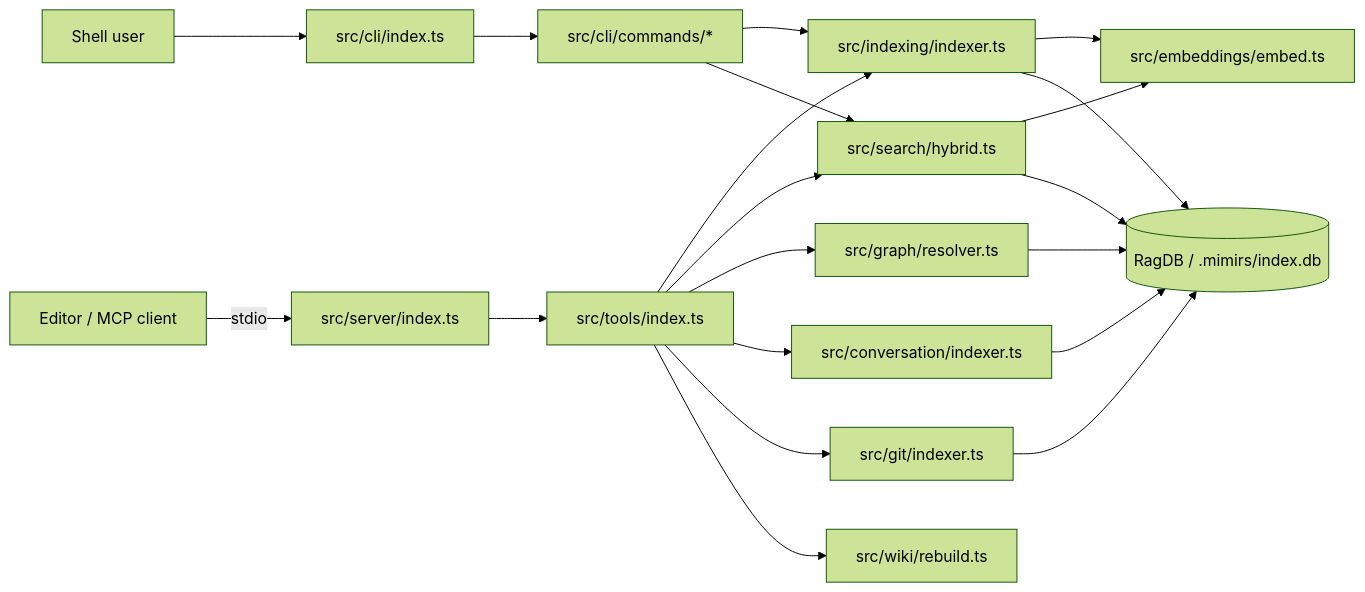
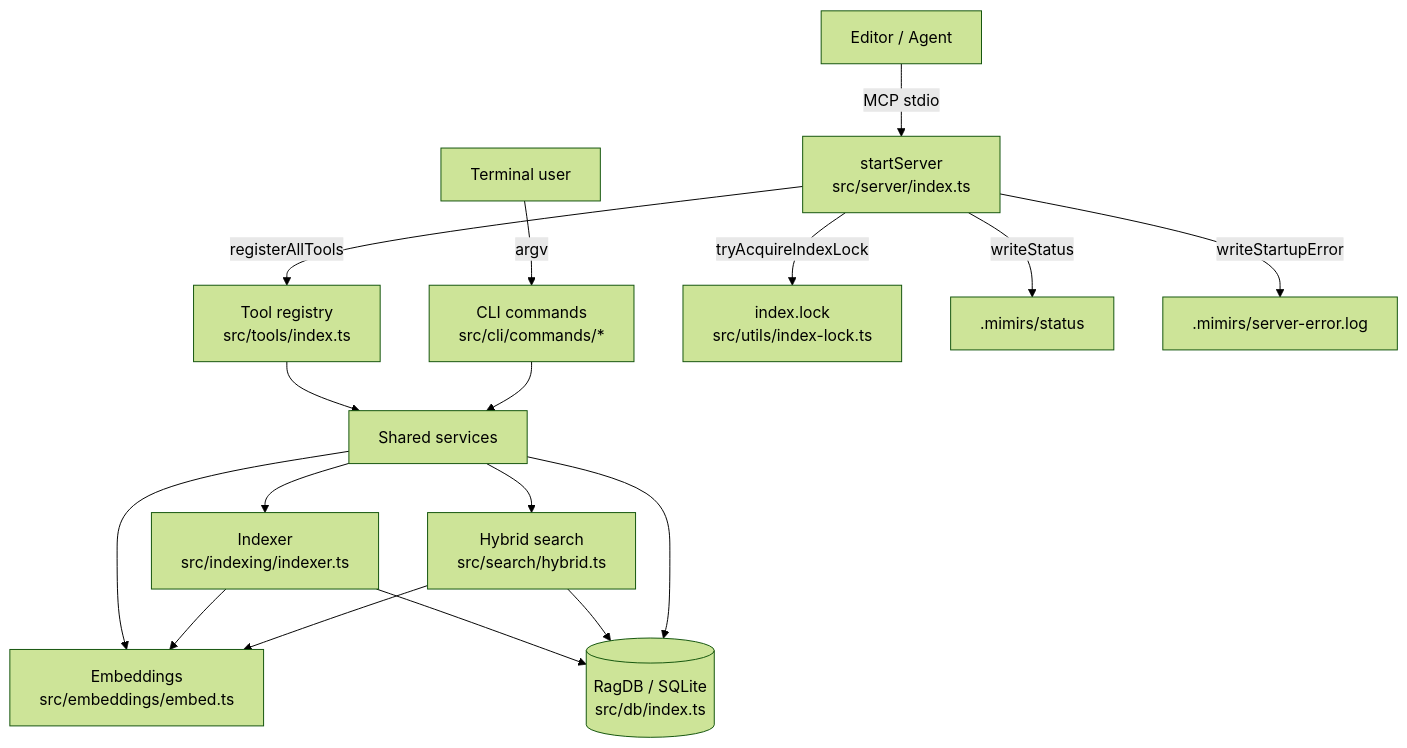
The diagram in wiki/architecture.md (TheWinci/mimirs), drawn with Mermaid (forest theme) before and after one commit. The commit also changed other lines of this file and 52 other files, not shown here.

````diff
--- a/wiki/architecture.md
+++ b/wiki/architecture.md
@@ -9,22 +11,19 @@
 ```mermaid
-flowchart LR
-  Editor[Editor / MCP client] -- stdio --> Server[src/server/index.ts]
-  User[Shell user] --> CLI[src/cli/index.ts]
-  Server --> Tools[src/tools/index.ts]
-  CLI --> Commands[src/cli/commands/*]
-  Tools --> Indexer[src/indexing/indexer.ts]
-  Tools --> Hybrid[src/search/hybrid.ts]
-  Tools --> GraphSvc[src/graph/resolver.ts]
-  Tools --> ConvSvc[src/conversation/indexer.ts]
-  Tools --> GitSvc[src/git/indexer.ts]
-  Tools --> WikiSvc[src/wiki/rebuild.ts]
-  Commands --> Indexer
-  Commands --> Hybrid
-  Indexer --> Embed[src/embeddings/embed.ts]
-  Hybrid --> Embed
-  Indexer --> DB[(RagDB / .mimirs/index.db)]
-  Hybrid --> DB
-  ConvSvc --> DB
-  GitSvc --> DB
-  GraphSvc --> DB
+graph TD
+  editor[Editor / Agent] -->|MCP stdio| srv[startServer<br>src/server/index.ts]
+  human[Terminal user] -->|argv| cli[CLI commands<br>src/cli/commands/*]
+  srv -->|registerAllTools| reg[Tool registry<br>src/tools/index.ts]
+  reg --> svc[Shared services]
+  cli --> svc
+  svc --> idx[Indexer<br>src/indexing/indexer.ts]
+  svc --> hyb[Hybrid search<br>src/search/hybrid.ts]
+  svc --> emb[Embeddings<br>src/embeddings/embed.ts]
+  idx --> emb
+  hyb --> emb
+  idx --> db[(RagDB / SQLite<br>src/db/index.ts)]
+  hyb --> db
+  svc --> db
+  srv -->|tryAcquireIndexLock| lock[index.lock<br>src/utils/index-lock.ts]
+  srv -->|writeStatus| statusfile[.mimirs/status]
+  srv -->|writeStartupError| errlog[.mimirs/server-error.log]
 ```
````
